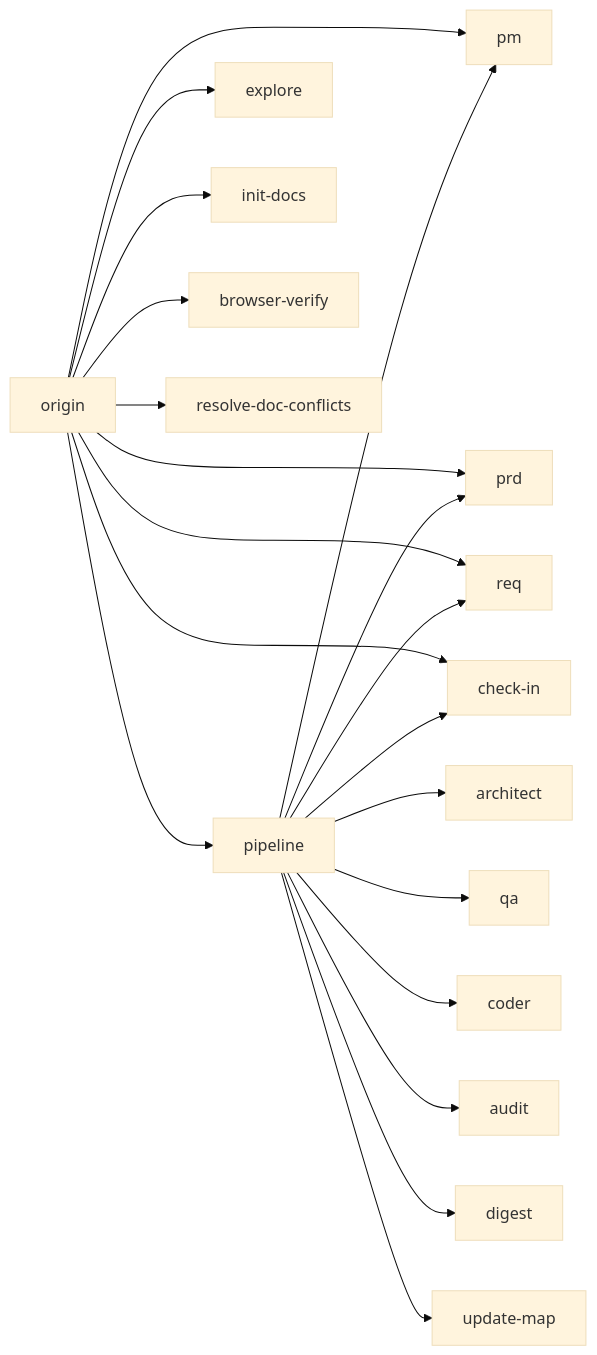
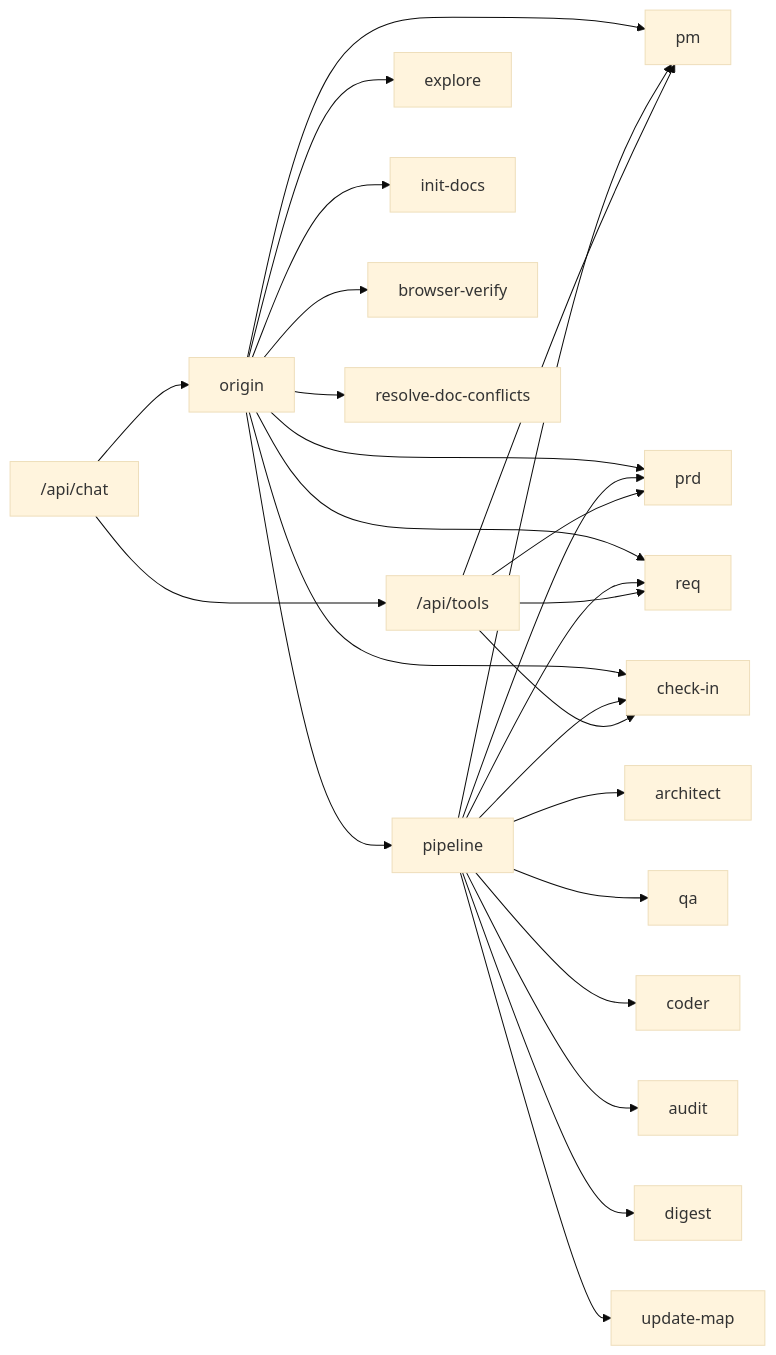
One commit to CryptoLinxu/Web3-AI-Agent changed the third of 3 diagrams in .qoder/repowiki/zh/content/API参考文档.md. Above: the diagram before and after it, drawn with Mermaid (base theme). The commit also changed other lines of this file and 15 other files, not shown here.

````diff
--- a/.qoder/repowiki/zh/content/API参考文档.md
+++ b/.qoder/repowiki/zh/content/API参考文档.md
@@ -238,22 +424,28 @@
 ```mermaid
 graph LR
 ORG["origin"] --> PIPE["pipeline"]
 ORG --> PM["pm"]
 ORG --> PRD["prd"]
 ORG --> REQ["req"]
 ORG --> CI["check-in"]
 ORG --> EXP["explore"]
 ORG --> INIT["init-docs"]
 ORG --> BVER["browser-verify"]
 ORG --> RES["resolve-doc-conflicts"]
 PIPE --> PM
 PIPE --> PRD
 PIPE --> REQ
 PIPE --> CI
 PIPE --> ARCH["architect"]
 PIPE --> QA["qa"]
 PIPE --> CODER["coder"]
 PIPE --> AUDIT["audit"]
 PIPE --> DIGEST["digest"]
 PIPE --> UMAP["update-map"]
+CHAT["/api/chat"] --> TOOLS["/api/tools"]
+CHAT --> ORG
+TOOLS --> PM
+TOOLS --> PRD
+TOOLS --> REQ
+TOOLS --> CI
 ```
````
